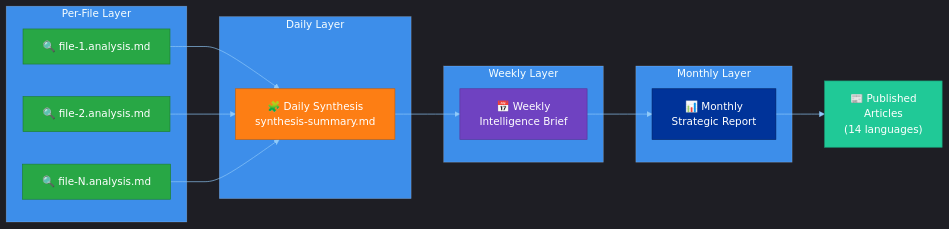
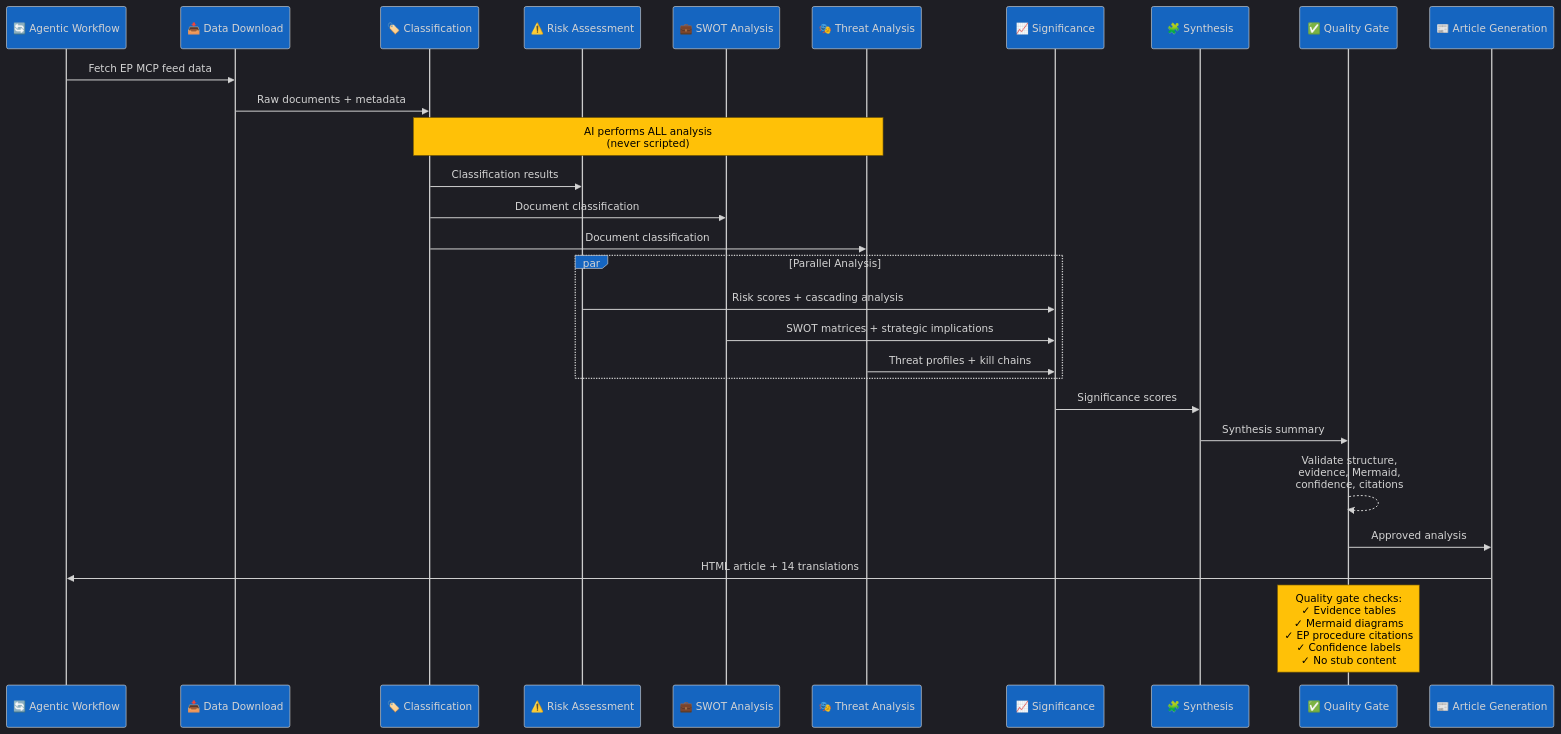
One commit to Hack23/euparliamentmonitor changed diagram 11 of 12 in docs/api/media/README-9.md. Above: the diagram before and after it, drawn with Mermaid. The commit also changed other lines of this file and 1239 other files, not shown here.

````diff
--- a/docs/api/media/README-9.md
+++ b/docs/api/media/README-9.md
@@ -677,34 +731,38 @@
 ```mermaid
 %%{init: {"theme":"dark","themeVariables":{"primaryColor":"#1565C0","primaryTextColor":"#ffffff","primaryBorderColor":"#0A3F7F","lineColor":"#90CAF9","secondaryColor":"#2E7D32","secondaryTextColor":"#ffffff","secondaryBorderColor":"#0F3F00","tertiaryColor":"#FF9800","tertiaryTextColor":"#000000","tertiaryBorderColor":"#7F4F00","mainBkg":"#1565C0","secondBkg":"#2E7D32","tertiaryBkg":"#FF9800","noteBkgColor":"#FFC107","noteTextColor":"#000000","noteBorderColor":"#7F6000","errorBkgColor":"#D32F2F","errorTextColor":"#ffffff","fontFamily":"Inter, Helvetica, Arial, sans-serif","pie1":"#1565C0","pie2":"#2E7D32","pie3":"#FF9800","pie4":"#D32F2F","pie5":"#FFC107","pie6":"#7B1FA2","pie7":"#9E9E9E","pie8":"#0288D1","pie9":"#388E3C","pie10":"#F57C00","pie11":"#C62828","pie12":"#FBC02D","pieTitleTextSize":"18px","pieSectionTextSize":"14px","pieLegendTextSize":"13px","pieStrokeColor":"#1e1e1e","pieOuterStrokeColor":"#1e1e1e","git0":"#1565C0","git1":"#2E7D32","git2":"#FF9800","git3":"#D32F2F","gitBranchLabel0":"#ffffff","gitBranchLabel1":"#ffffff","gitBranchLabel2":"#000000","gitBranchLabel3":"#ffffff","cScale0":"#1565C0","cScale1":"#2E7D32","cScale2":"#FF9800","cScale3":"#D32F2F","cScale4":"#FFC107","cScale5":"#7B1FA2","cScale6":"#9E9E9E","cScale7":"#0288D1","xyChart":{"backgroundColor":"#1e1e1e","plotColorPalette":"#1565C0,#2E7D32,#FF9800,#D32F2F,#FFC107,#7B1FA2,#9E9E9E"}}}}%%
-flowchart LR
-    subgraph "Per-File Layer"
-        F1["🔍 file-1.analysis.md"]
-        F2["🔍 file-2.analysis.md"]
-        FN["🔍 file-N.analysis.md"]
+sequenceDiagram
+    participant WF as 🔄 Agentic Workflow
+    participant DL as 📥 Data Download
+    participant CLASS as 🏷️ Classification
+    participant RISK as ⚠️ Risk Assessment
+    participant SWOT as 💼 SWOT Analysis
+    participant THREAT as 🎭 Threat Analysis
+    participant SIG as 📈 Significance
+    participant SYNTH as 🧩 Synthesis
+    participant QG as ✅ Quality Gate
+    participant ART as 📰 Article Generation
+
+    WF->>DL: Fetch EP MCP feed data
+    DL->>CLASS: Raw documents + metadata
+
+    Note over CLASS,THREAT: AI performs ALL analysis<br/>(never scripted)
+
+    CLASS->>RISK: Classification results
+    CLASS->>SWOT: Document classification
+    CLASS->>THREAT: Document classification
+
+    par Parallel Analysis
+        RISK->>SIG: Risk scores + cascading analysis
+        SWOT->>SIG: SWOT matrices + strategic implications
+        THREAT->>SIG: Threat profiles + kill chains
     end
 
-    subgraph "Daily Layer"
-        DS["🧩 Daily Synthesis<br/>synthesis-summary.md"]
-    end
+    SIG->>SYNTH: Significance scores
+    SYNTH->>QG: Synthesis summary
 
-    subgraph "Weekly Layer"
-        WS["📅 Weekly<br/>Intelligence Brief"]
-    end
+    QG-->>QG: Validate structure,<br/>evidence, Mermaid,<br/>confidence, citations
+    QG->>ART: Approved analysis
+    ART->>WF: HTML article + 14 translations
 
-    subgraph "Monthly Layer"
-        MS["📊 Monthly<br/>Strategic Report"]
-    end
-
-    F1 & F2 & FN --> DS
-    DS --> WS
-    WS --> MS
-    MS --> PUB["📰 Published<br/>Articles<br/>(14 languages)"]
-
-    style F1 fill:#28a745,color:#fff,stroke:#1e7e34
-    style F2 fill:#28a745,color:#fff,stroke:#1e7e34
-    style FN fill:#28a745,color:#fff,stroke:#1e7e34
-    style DS fill:#fd7e14,color:#fff,stroke:#c96009
-    style WS fill:#6f42c1,color:#fff,stroke:#59359a
-    style MS fill:#003399,color:#fff,stroke:#002266
-    style PUB fill:#20c997,color:#fff,stroke:#199d76
+    Note over QG: Quality gate checks:<br/>✓ Evidence tables<br/>✓ Mermaid diagrams<br/>✓ EP procedure citations<br/>✓ Confidence labels<br/>✓ No stub content
 ```
````
